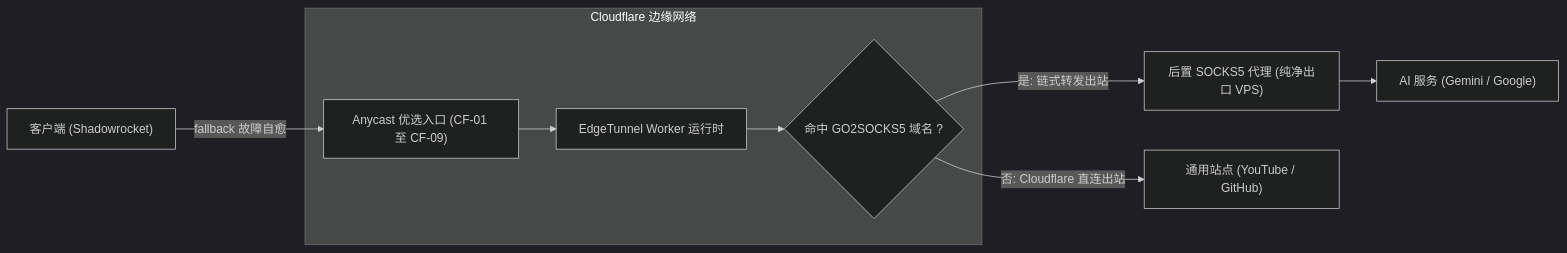
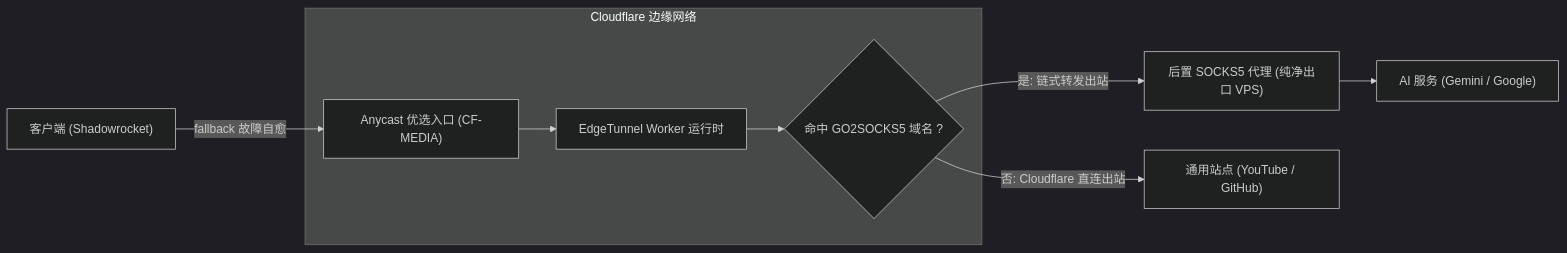
One commit to RealRayTan/cf-preferred-ips changed the diagram in README.md. Above: the diagram before and after it, drawn with Mermaid (dark theme). The commit also changed other lines of this file and 7 other files, not shown here.

Commit message:
feat(architecture): streamline to dual-star CF-MEDIA and CF-AI architecture

````diff
--- a/README.md
+++ b/README.md
@@ -7,17 +7,17 @@
 ```mermaid
 flowchart LR
     client["客户端 (Shadowrocket)"]
     subgraph cf["Cloudflare 边缘网络"]
-        entry["Anycast 优选入口 (CF-01 至 CF-09)"]
+        entry["Anycast 优选入口 (CF-MEDIA)"]
         worker["EdgeTunnel Worker 运行时"]
         router{"命中 GO2SOCKS5 域名 ?"}
         entry --> worker --> router
     end
     socks["后置 SOCKS5 代理 (纯净出口 VPS)"]
     dest_gen["通用站点 (YouTube / GitHub)"]
     dest_ai["AI 服务 (Gemini / Google)"]
 
     client -->|fallback 故障自愈| entry
     router -->|否: Cloudflare 直连出站| dest_gen
     router -->|是: 链式转发出站| socks --> dest_ai
 ```
````
